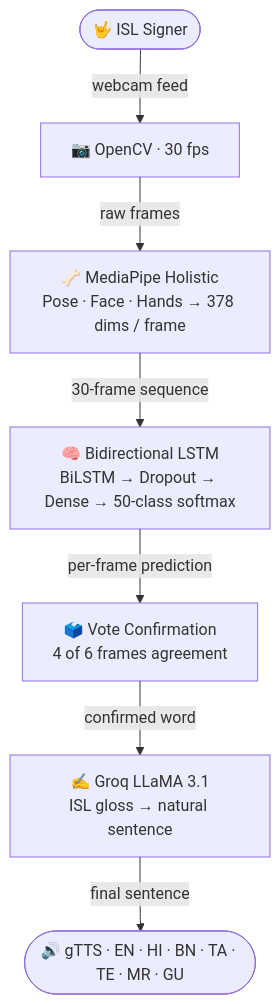
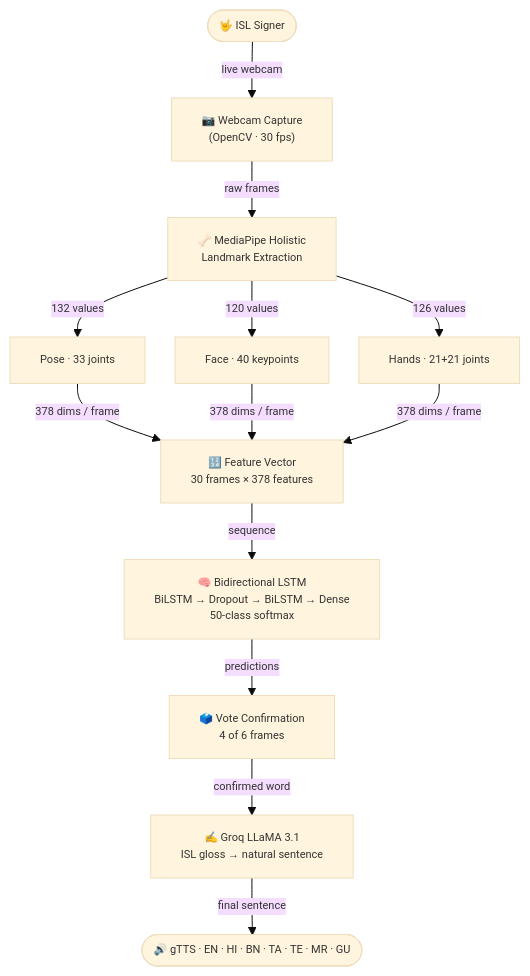
One commit to architinit/Real-Time-Indic-Sign-Language-to-Speech-Translator changed the diagram in README.md. Above: the diagram before and after it, drawn with Mermaid.

````diff
--- a/README.md
+++ b/README.md
@@ -23,9 +23,14 @@
 ```mermaid
+%%{init: {'theme': 'base', 'themeVariables': {'fontSize': '11px'}, 'flowchart': {'nodeSpacing': 30, 'rankSpacing': 40}}}%%
 graph TD
-    A(["🤟 ISL Signer"]) -->|webcam feed| B["📷 OpenCV · 30 fps"]
-    B -->|raw frames| C["🦴 MediaPipe Holistic<br/>Pose · Face · Hands → 378 dims / frame"]
-    C -->|30-frame sequence| D["🧠 Bidirectional LSTM<br/>BiLSTM → Dropout → Dense → 50-class softmax"]
-    D -->|per-frame prediction| E["🗳️ Vote Confirmation<br/>4 of 6 frames agreement"]
-    E -->|confirmed word| F["✍️ Groq LLaMA 3.1<br/>ISL gloss → natural sentence"]
-    F -->|final sentence| G(["🔊 gTTS · EN · HI · BN · TA · TE · MR · GU"])
+    A(["🤟 ISL Signer"]) -->|live webcam| B["📷 Webcam Capture<br/>(OpenCV · 30 fps)"]
+    B -->|raw frames| C["🦴 MediaPipe Holistic<br/>Landmark Extraction"]
+    C -->|132 values| D1["Pose · 33 joints"]
+    C -->|120 values| D2["Face · 40 keypoints"]
+    C -->|126 values| D3["Hands · 21+21 joints"]
+    D1 & D2 & D3 -->|378 dims / frame| E["🔢 Feature Vector<br/>30 frames × 378 features"]
+    E -->|sequence| F["🧠 Bidirectional LSTM<br/>BiLSTM → Dropout → BiLSTM → Dense<br/>50-class softmax"]
+    F -->|predictions| G["🗳️ Vote Confirmation<br/>4 of 6 frames"]
+    G -->|confirmed word| H["✍️ Groq LLaMA 3.1<br/>ISL gloss → natural sentence"]
+    H -->|final sentence| I(["🔊 gTTS · EN · HI · BN · TA · TE · MR · GU"])
 ```
````
